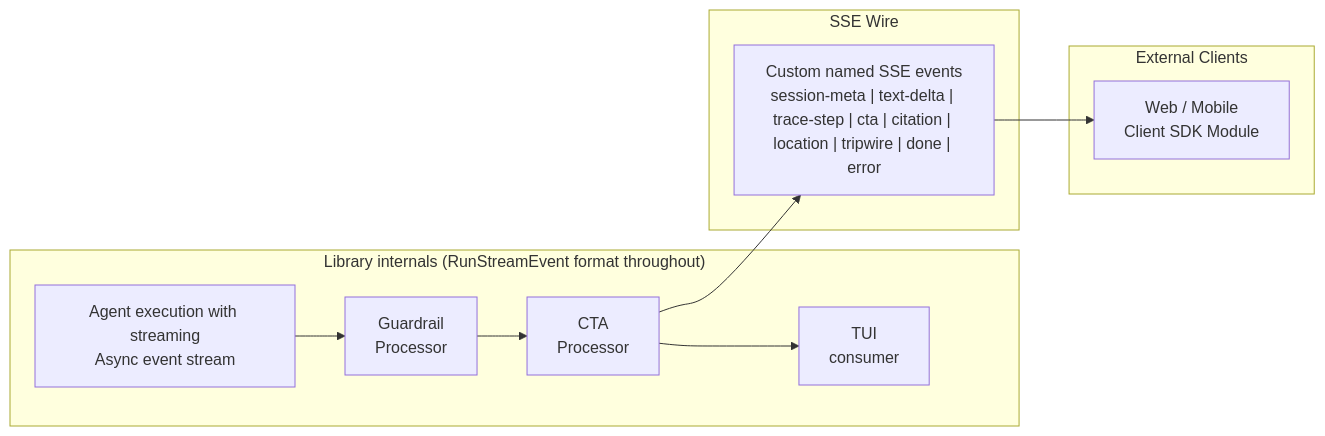
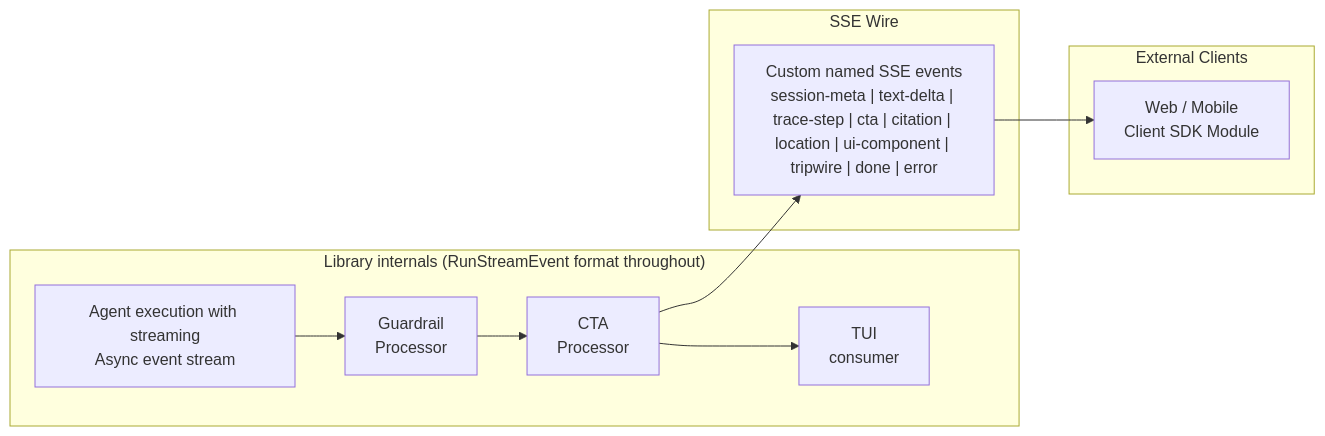
One commit to 1qh/safeagent changed the eighth of 29 diagrams in plan/11-transport.md. Above: the diagram before and after it, drawn with Mermaid. The commit also changed other lines of this file, not shown here.

Commit message:
Fix Oracle R3: reconcile ui-component across all canonical protocol references (11)

````diff
--- a/plan/11-transport.md
+++ b/plan/11-transport.md
@@ -422,22 +423,22 @@
 ```mermaid
 flowchart LR
     subgraph INTERNAL["Library internals (RunStreamEvent format throughout)"]
         AGENT["Agent execution with streaming\nAsync event stream"]
         GP["Guardrail\nProcessor"]
         CP["CTA\nProcessor"]
         TUI_C["TUI\nconsumer"]
     end
 
     subgraph WIRE["SSE Wire"]
-        SSE["Custom named SSE events\nsession-meta | text-delta | trace-step | cta | citation | location | tripwire | done | error"]
+        SSE["Custom named SSE events\nsession-meta | text-delta | trace-step | cta | citation | location | ui-component | tripwire | done | error"]
     end
 
     subgraph CLIENTS["External Clients"]
         WEB_MOBILE_CLIENT["Web / Mobile\nClient SDK Module"]
     end
 
     AGENT --> GP --> CP
     CP --> TUI_C
     CP --> SSE
     SSE --> WEB_MOBILE_CLIENT
 ```
````
